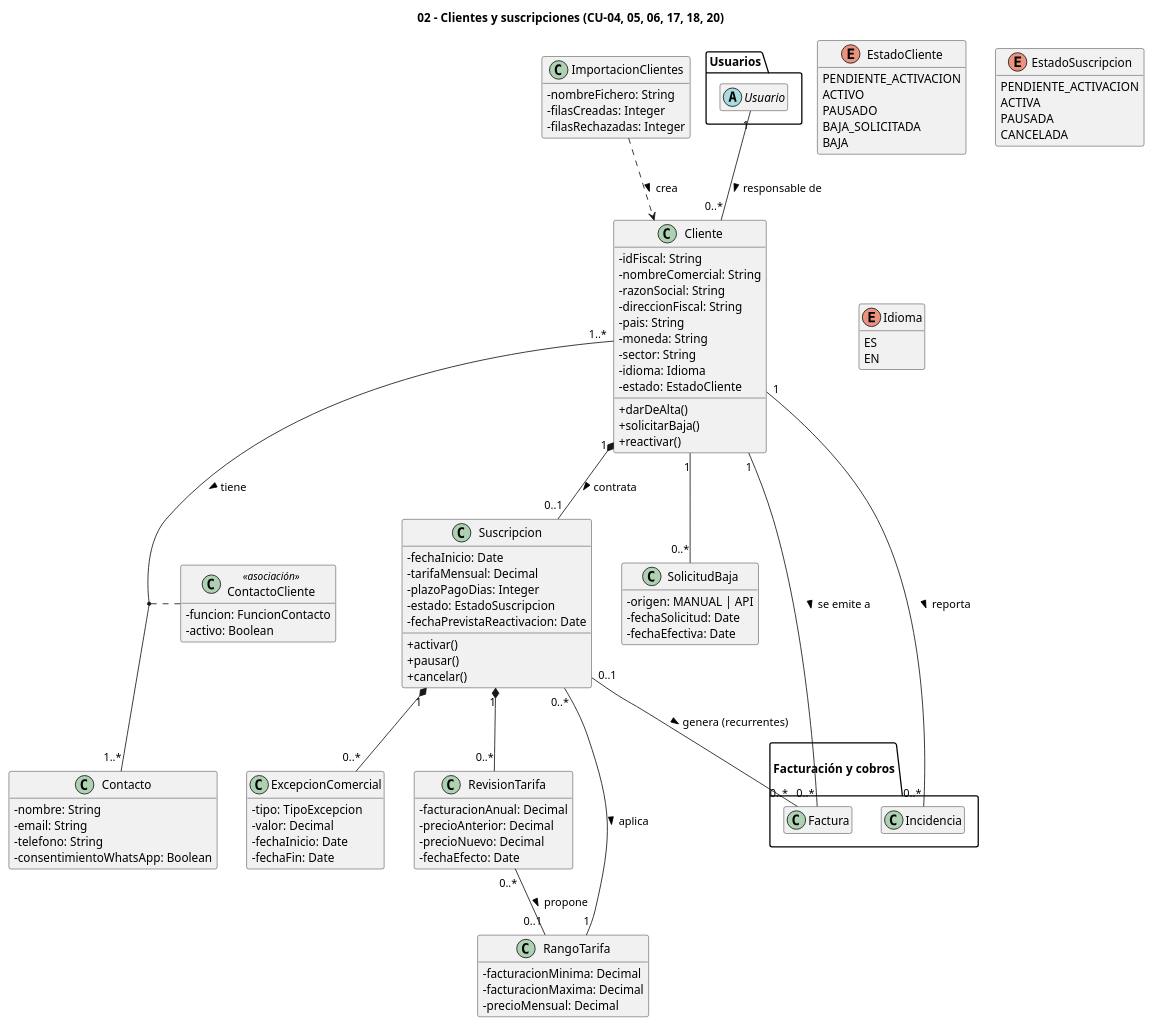
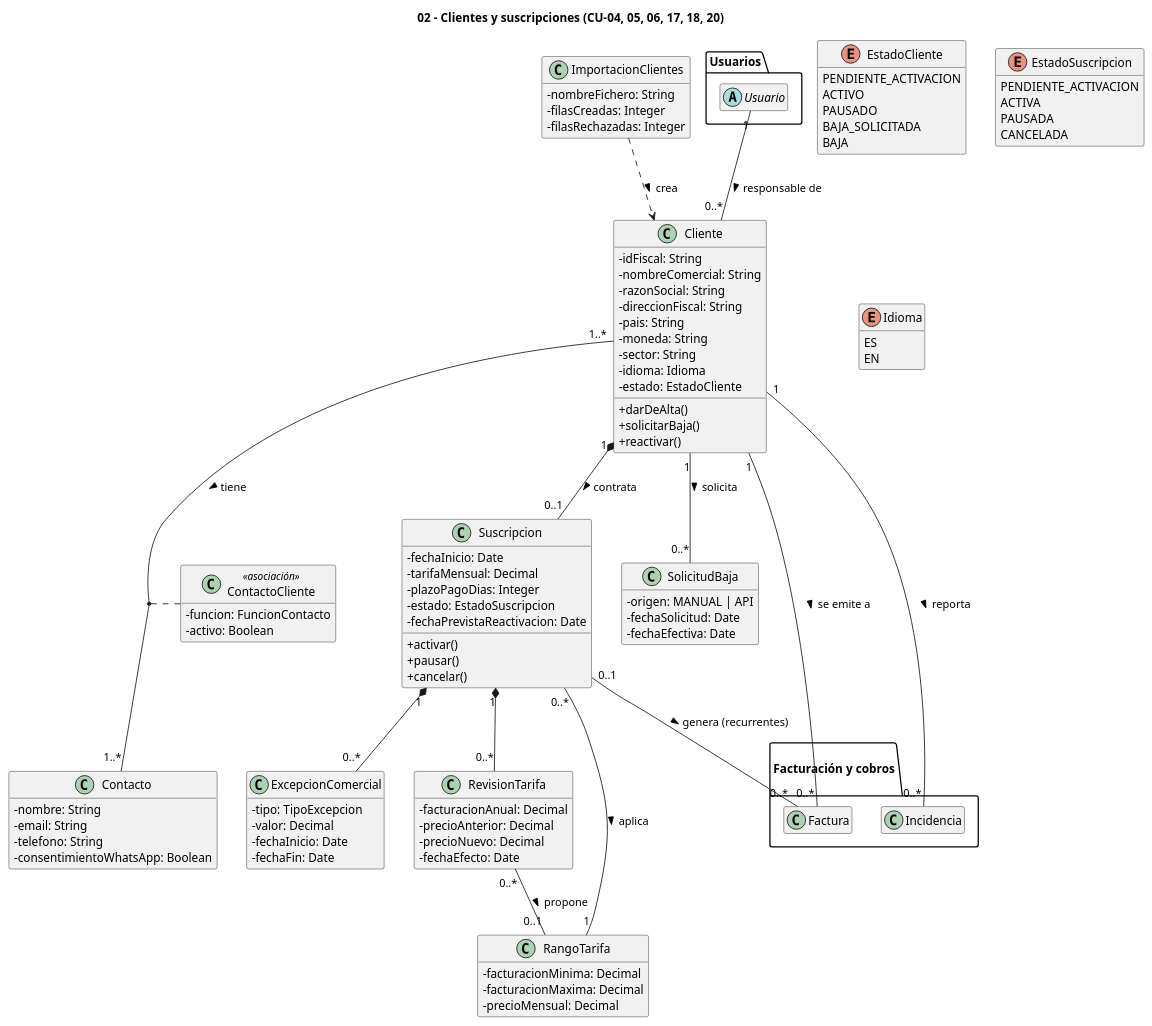
Before and after one commit to FrankiPato/ADA-sapitos: the diagram in doc/Diagramas clases/02_clientes_y_suscripciones.pu, drawn with PlantUML.

```diff
--- a/doc/Diagramas clases/02_clientes_y_suscripciones.pu
+++ b/doc/Diagramas clases/02_clientes_y_suscripciones.pu
@@ -1,119 +1,119 @@
 @startuml
 skinparam classAttributeIconSize 0
 skinparam roundcorner 5
 hide empty members
 title 02 - Clientes y suscripciones (CU-04, 05, 06, 17, 18, 20)
 
 class Cliente {
   - idFiscal: String
   - nombreComercial: String
   - razonSocial: String
   - direccionFiscal: String
   - pais: String
   - moneda: String
   - sector: String
   - idioma: Idioma
   - estado: EstadoCliente
   + darDeAlta()
   + solicitarBaja()
   + reactivar()
 }
 
 class Contacto {
   - nombre: String
   - email: String
   - telefono: String
   - consentimientoWhatsApp: Boolean
 }
 
 class ContactoCliente <<asociación>> {
   - funcion: FuncionContacto
   - activo: Boolean
 }
 
 class Suscripcion {
   - fechaInicio: Date
   - tarifaMensual: Decimal
   - plazoPagoDias: Integer
   - estado: EstadoSuscripcion
   - fechaPrevistaReactivacion: Date
   + activar()
   + pausar()
   + cancelar()
 }
 
 class ExcepcionComercial {
   - tipo: TipoExcepcion
   - valor: Decimal
   - fechaInicio: Date
   - fechaFin: Date
 }
 
 class RevisionTarifa {
   - facturacionAnual: Decimal
   - precioAnterior: Decimal
   - precioNuevo: Decimal
   - fechaEfecto: Date
 }
 
 class RangoTarifa {
   - facturacionMinima: Decimal
   - facturacionMaxima: Decimal
   - precioMensual: Decimal
 }
 
 class SolicitudBaja {
   - origen: MANUAL | API
   - fechaSolicitud: Date
   - fechaEfectiva: Date
 }
 
 class ImportacionClientes {
   - nombreFichero: String
   - filasCreadas: Integer
   - filasRechazadas: Integer
 }
 
 package "Usuarios" {
   abstract class Usuario
 }
 
 package "\nFacturación y cobros\n" {
   class Factura
   class Incidencia
 }
 
 enum EstadoCliente {
   PENDIENTE_ACTIVACION
   ACTIVO
   PAUSADO
   BAJA_SOLICITADA
   BAJA
 }
 
 enum EstadoSuscripcion {
   PENDIENTE_ACTIVACION
   ACTIVA
   PAUSADA
   CANCELADA
 }
 
 enum Idioma {
   ES
   EN
 }
 
 Cliente "1..*" -- "1..*" Contacto : tiene >
 (Cliente, Contacto) .. ContactoCliente
 Cliente "1" *-- "0..1" Suscripcion : contrata >
-Cliente "1" -- "0..*" SolicitudBaja
+Cliente "1" -- "0..*" SolicitudBaja : solicita >
 Suscripcion "0..*" -- "1" RangoTarifa : aplica >
 Suscripcion "1" *-- "0..*" ExcepcionComercial
 Suscripcion "1" *-- "0..*" RevisionTarifa
 RevisionTarifa "0..*" -- "0..1" RangoTarifa : propone >
 ImportacionClientes ..> Cliente : crea >
 Usuario "1" -- "0..*" Cliente : responsable de >
 Cliente "1" -- "0..*" Factura : "se emite a >"
 Cliente "1" -- "0..*" Incidencia : "reporta >"
 Suscripcion "0..1" -- "0..*" Factura : "genera (recurrentes) >"
 @enduml
```
